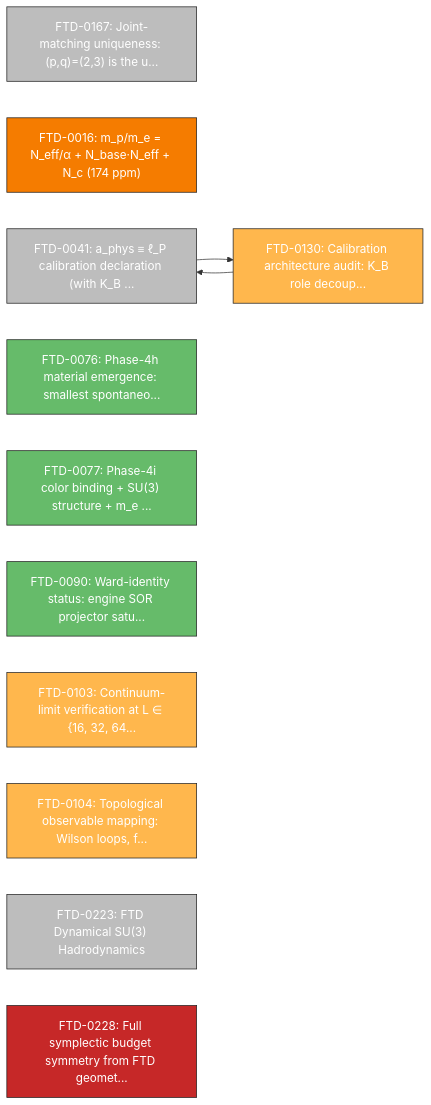
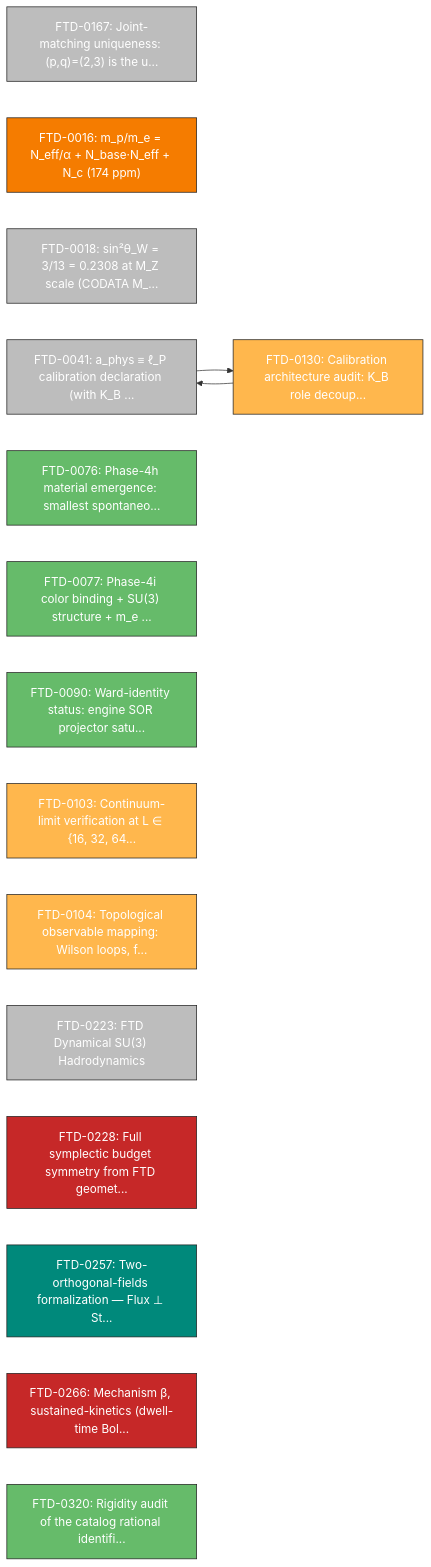
The fourth of 16 diagrams in docs/theory/09_mathematical/NODE_MAP_FTD_MATH.md (cpaci-tani/Foundational-Ternary-Dynamics), drawn with Mermaid before and after one commit. The commit also changed other lines of this file and 1 other file, not shown here.

First line of the commit message:
docs+scripts: FTD-0360 item 3 -- regenerate math node map from corrected LEDGER

````diff
--- a/docs/theory/09_mathematical/NODE_MAP_FTD_MATH.md
+++ b/docs/theory/09_mathematical/NODE_MAP_FTD_MATH.md
@@ -190,27 +259,35 @@
 ```mermaid
 graph LR
     FTD_0167["FTD-0167: Joint-matching uniqueness: (p,q)=(2,3) is the u..."]
     style FTD_0167 fill:#bdbdbd,color:white,stroke:#222,stroke-width:1px
     FTD_0016["FTD-0016: m_p/m_e = N_eff/α + N_base·N_eff + N_c (174 ppm)"]
     style FTD_0016 fill:#f57c00,color:white,stroke:#222,stroke-width:1px
+    FTD_0018["FTD-0018: sin²θ_W = 3/13 = 0.2308 at M_Z scale (CODATA M_..."]
+    style FTD_0018 fill:#bdbdbd,color:white,stroke:#222,stroke-width:1px
     FTD_0041["FTD-0041: a_phys ≡ ℓ_P calibration declaration (with K_B ..."]
     style FTD_0041 fill:#bdbdbd,color:white,stroke:#222,stroke-width:1px
     FTD_0076["FTD-0076: Phase-4h material emergence: smallest spontaneo..."]
     style FTD_0076 fill:#66bb6a,color:white,stroke:#222,stroke-width:1px
     FTD_0077["FTD-0077: Phase-4i color binding + SU(3) structure + m_e ..."]
     style FTD_0077 fill:#66bb6a,color:white,stroke:#222,stroke-width:1px
     FTD_0090["FTD-0090: Ward-identity status: engine SOR projector satu..."]
     style FTD_0090 fill:#66bb6a,color:white,stroke:#222,stroke-width:1px
     FTD_0103["FTD-0103: Continuum-limit verification at L ∈ {16, 32, 64..."]
     style FTD_0103 fill:#ffb74d,color:white,stroke:#222,stroke-width:1px
     FTD_0104["FTD-0104: Topological observable mapping: Wilson loops, f..."]
     style FTD_0104 fill:#ffb74d,color:white,stroke:#222,stroke-width:1px
     FTD_0130["FTD-0130: Calibration architecture audit: K_B role decoup..."]
     style FTD_0130 fill:#ffb74d,color:white,stroke:#222,stroke-width:1px
     FTD_0223["FTD-0223: FTD Dynamical SU(3) Hadrodynamics"]
     style FTD_0223 fill:#bdbdbd,color:white,stroke:#222,stroke-width:1px
     FTD_0228["FTD-0228: Full symplectic budget symmetry from FTD geomet..."]
     style FTD_0228 fill:#c62828,color:white,stroke:#222,stroke-width:1px
+    FTD_0257["FTD-0257: Two-orthogonal-fields formalization — Flux ⊥ St..."]
+    style FTD_0257 fill:#00897b,color:white,stroke:#222,stroke-width:1px
+    FTD_0266["FTD-0266: Mechanism β, sustained-kinetics (dwell-time Bol..."]
+    style FTD_0266 fill:#c62828,color:white,stroke:#222,stroke-width:1px
+    FTD_0320["FTD-0320: Rigidity audit of the catalog rational identifi..."]
+    style FTD_0320 fill:#66bb6a,color:white,stroke:#222,stroke-width:1px
     FTD_0041 --> FTD_0130
     FTD_0130 --> FTD_0041
 ```
````
